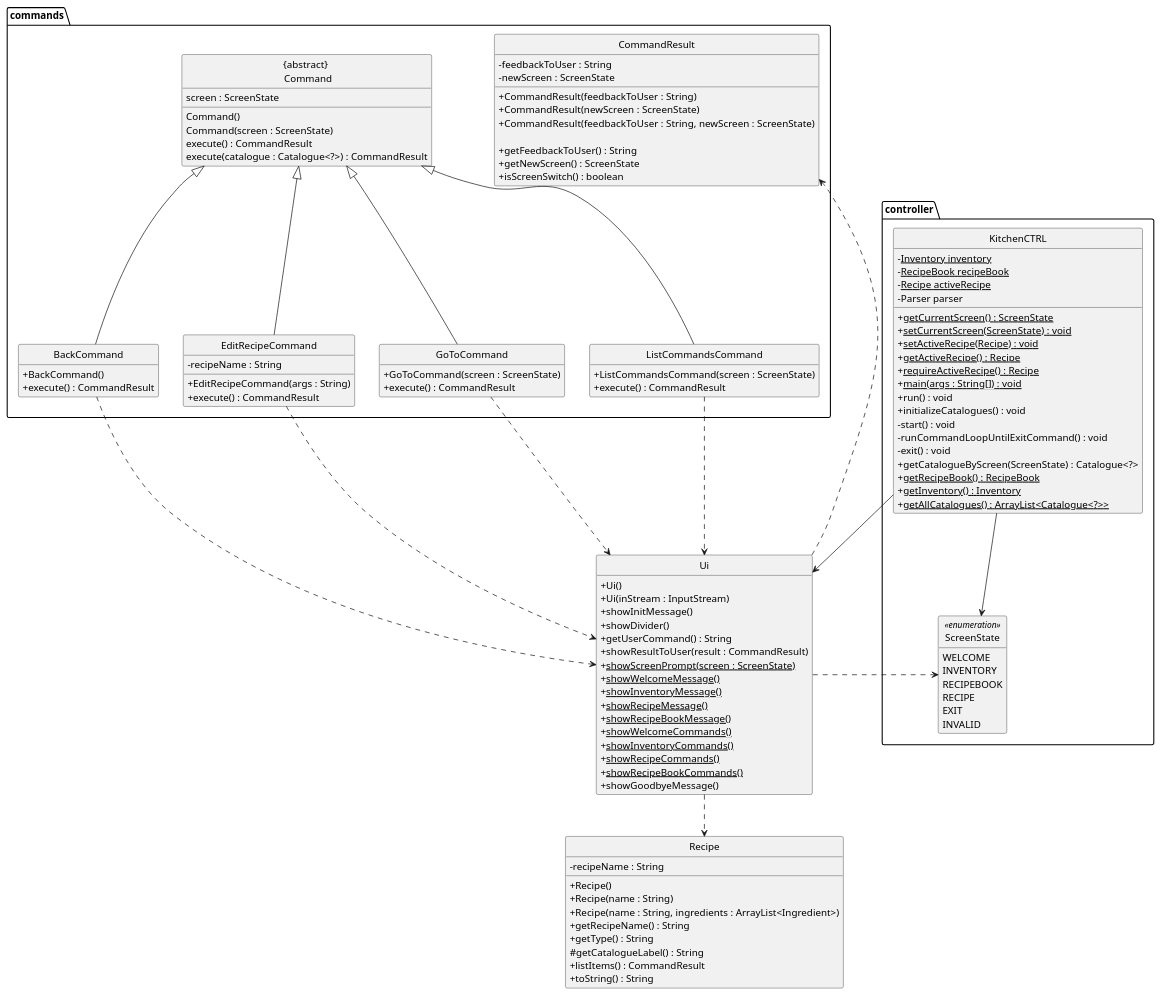
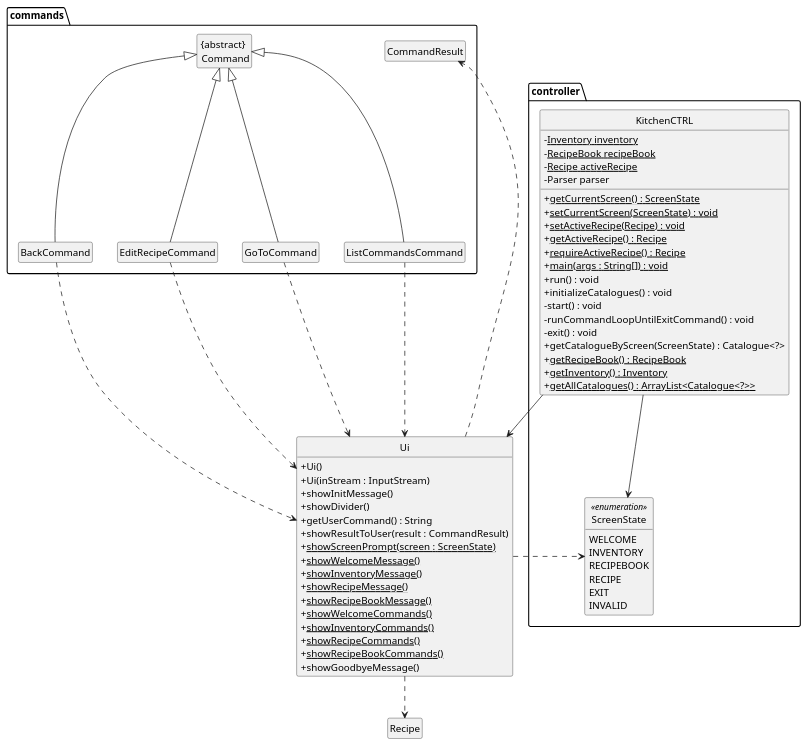
One commit to ChingWhee/tp changed the diagram in docs/diagrams/ui.puml. Above: the diagram before and after it, drawn with PlantUML.

Commit message:
Abstract out command and recipe from ui uml diagram

```diff
--- a/docs/diagrams/ui.puml
+++ b/docs/diagrams/ui.puml
@@ -1,132 +1,98 @@
 @startuml
 hide circle
 hide empty members
 skinparam classAttributeIconSize 0
 
 class Ui {
     +Ui()
     +Ui(inStream : InputStream)
     +showInitMessage()
     +showDivider()
     +getUserCommand() : String
     +showResultToUser(result : CommandResult)
     +<u>showScreenPrompt(screen : ScreenState)
     +<u>showWelcomeMessage()
     +<u>showInventoryMessage()
     +<u>showRecipeMessage()
     +<u>showRecipeBookMessage()
     +<u>showWelcomeCommands()
     +<u>showInventoryCommands()
     +<u>showRecipeCommands()
     +<u>showRecipeBookCommands()
     +showGoodbyeMessage()
 }
 
 package controller {
     class KitchenCTRL {
         - <u>Inventory inventory
         - <u>RecipeBook recipeBook
         - <u>Recipe activeRecipe
         - Parser parser
 
         + <u>getCurrentScreen() : ScreenState
         + <u>setCurrentScreen(ScreenState) : void
         + <u>setActiveRecipe(Recipe) : void
         + <u>getActiveRecipe() : Recipe
         + <u>requireActiveRecipe() : Recipe
         + <u>main(args : String[]) : void
         + run() : void
         + initializeCatalogues() : void
         - start() : void
         - runCommandLoopUntilExitCommand() : void
         - exit() : void
         + getCatalogueByScreen(ScreenState) : Catalogue<?>
         + <u>getRecipeBook() : RecipeBook
         + <u>getInventory() : Inventory
         + <u>getAllCatalogues() : ArrayList<Catalogue<?>>
     }
 
 enum ScreenState <<enumeration>> {
     WELCOME
     INVENTORY
     RECIPEBOOK
     RECIPE
     EXIT
     INVALID
 }
 }
 
 package commands {
 
     class "{abstract} \n Command" as Command {
-        screen : ScreenState
-        Command()
-        Command(screen : ScreenState)
-        execute() : CommandResult
-        execute(catalogue : Catalogue<?>) : CommandResult
     }
 
     class BackCommand {
-        +BackCommand()
-        +execute() : CommandResult
     }
 
     class EditRecipeCommand {
-        - recipeName : String
-        +EditRecipeCommand(args : String)
-        +execute() : CommandResult
     }
 
     class GoToCommand {
-        +GoToCommand(screen : ScreenState)
-        +execute() : CommandResult
     }
 
     class ListCommandsCommand {
-        +ListCommandsCommand(screen : ScreenState)
-        +execute() : CommandResult
     }
 
     class CommandResult {
-        - feedbackToUser : String
-        - newScreen : ScreenState
-
-        + CommandResult(feedbackToUser : String)
-        + CommandResult(newScreen : ScreenState)
-        + CommandResult(feedbackToUser : String, newScreen : ScreenState)
-
-        + getFeedbackToUser() : String
-        + getNewScreen() : ScreenState
-        + isScreenSwitch() : boolean
     }
 
     Command <|-- BackCommand
     Command <|-- EditRecipeCommand
     Command <|-- GoToCommand
     Command <|-- ListCommandsCommand
 }
 
 class Recipe {
-    - recipeName : String
-
-    +Recipe()
-    +Recipe(name : String)
-    +Recipe(name : String, ingredients : ArrayList<Ingredient>)
-    +getRecipeName() : String
-    +getType() : String
-    #getCatalogueLabel() : String
-    +listItems() : CommandResult
-    +toString() : String
 }
 
 KitchenCTRL --> Ui
 KitchenCTRL --> controller.ScreenState
 BackCommand ..> Ui
 EditRecipeCommand ..> Ui
 GoToCommand ..> Ui
 ListCommandsCommand ..> Ui
 
 Ui ..> CommandResult
 Ui ..> Recipe
 Ui ..> controller.ScreenState
 @enduml
```
